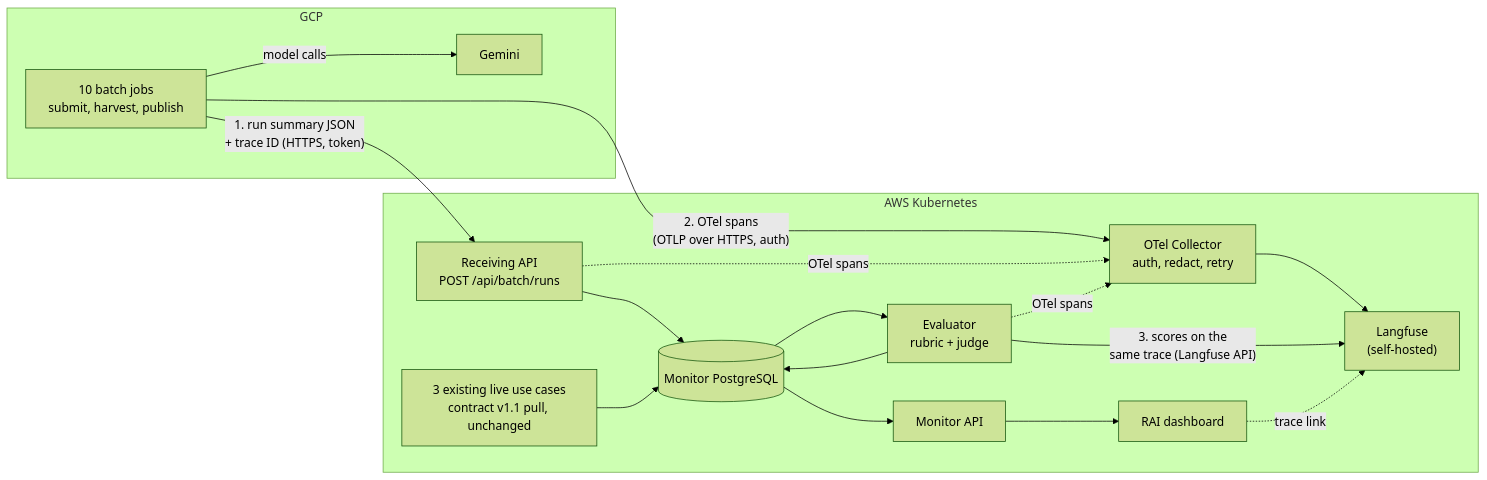
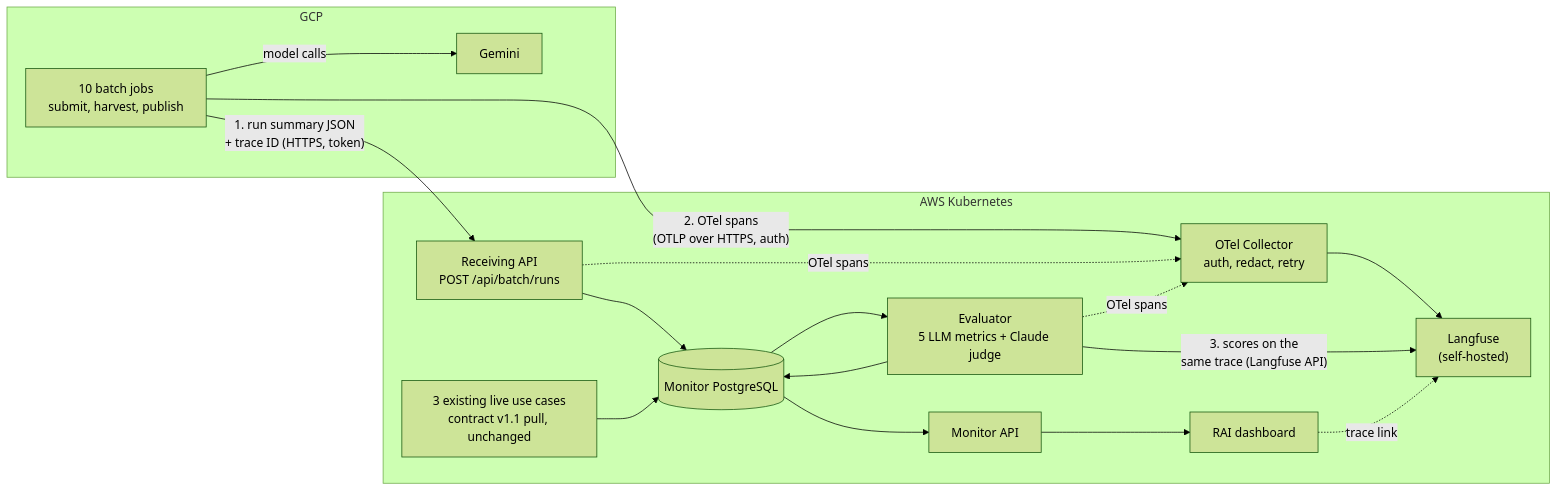
Before and after one commit to tkhongsap-io/model-monitoring-prototype: the second of 2 diagrams in changes/2026-10-02-batch-monitoring-mvp/summary.md, drawn with Mermaid (forest theme). The commit also changed other lines of this file and 4 other files, not shown here.

First line of the commit message:
docs: standardize batch LLM metrics and data on the prototype lane

````diff
--- a/changes/2026-10-02-batch-monitoring-mvp/summary.md
+++ b/changes/2026-10-02-batch-monitoring-mvp/summary.md
@@ -59,20 +73,20 @@
 ```mermaid
 flowchart LR
   subgraph GCP["GCP"]
     JOB["10 batch jobs<br/>submit, harvest, publish"] -- "model calls" --> GEM["Gemini"]
   end
   subgraph AWS["AWS Kubernetes"]
     IN["Receiving API<br/>POST /api/batch/runs"] --> DB[("Monitor PostgreSQL")]
-    DB --> EV["Evaluator<br/>rubric + judge"]
+    DB --> EV["Evaluator<br/>5 LLM metrics + Claude judge"]
     EV --> DB
     LIVE["3 existing live use cases<br/>contract v1.1 pull, unchanged"] --> DB
     COL["OTel Collector<br/>auth, redact, retry"] --> LF["Langfuse<br/>(self-hosted)"]
     DB --> MAPI["Monitor API"] --> UI["RAI dashboard"]
   end
   JOB -- "1. run summary JSON<br/>+ trace ID (HTTPS, token)" --> IN
   JOB -- "2. OTel spans<br/>(OTLP over HTTPS, auth)" --> COL
   IN -. "OTel spans" .-> COL
   EV -. "OTel spans" .-> COL
   EV -- "3. scores on the<br/>same trace (Langfuse API)" --> LF
   UI -. "trace link" .-> LF
 ```
````
